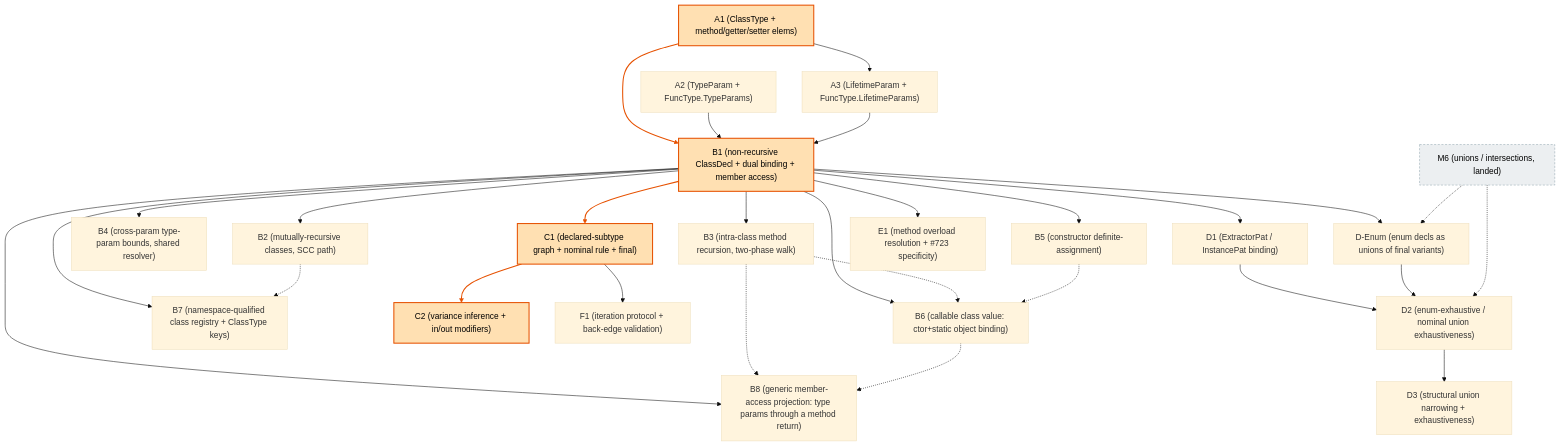
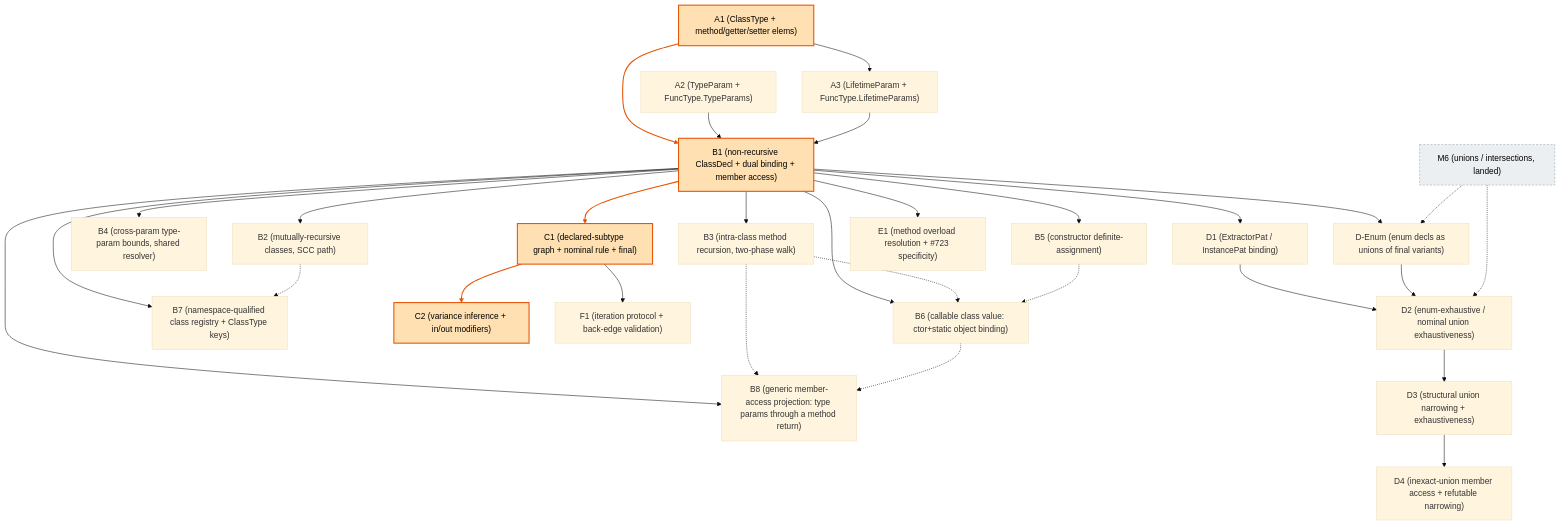
The diagram in planning/simple_sub/m5-implementation-plan.md (escalier-lang/escalier), drawn with Mermaid (base theme) before and after one commit. The commit also changed other lines of this file and 1 other file, not shown here.

First line of the commit message:
Plan M5 D4: inexact-union member access + refutable narrowing

````diff
--- a/planning/simple_sub/m5-implementation-plan.md
+++ b/planning/simple_sub/m5-implementation-plan.md
@@ -1470,57 +1515,59 @@
 ```mermaid
 graph TD
     A1["A1 (ClassType + method/getter/setter elems)"]
     A2["A2 (TypeParam + FuncType.TypeParams)"]
     A3["A3 (LifetimeParam + FuncType.LifetimeParams)"]
     B1["B1 (non-recursive ClassDecl + dual binding + member access)"]
     B2["B2 (mutually-recursive classes, SCC path)"]
     B3["B3 (intra-class method recursion, two-phase walk)"]
     B4["B4 (cross-param type-param bounds, shared resolver)"]
     B5["B5 (constructor definite-assignment)"]
     B6["B6 (callable class value: ctor+static object binding)"]
     B7["B7 (namespace-qualified class registry + ClassType keys)"]
     B8["B8 (generic member-access projection: type params through a method return)"]
     C1["C1 (declared-subtype graph + nominal rule + final)"]
     C2["C2 (variance inference + in/out modifiers)"]
     F1["F1 (iteration protocol + back-edge validation)"]
     D1["D1 (ExtractorPat / InstancePat binding)"]
     DEnum["D-Enum (enum decls as unions of final variants)"]
     D2["D2 (enum-exhaustive / nominal union exhaustiveness)"]
     D3["D3 (structural union narrowing + exhaustiveness)"]
+    D4["D4 (inexact-union member access + refutable narrowing)"]
     E1["E1 (method overload resolution + #723 specificity)"]
     M6["M6 (unions / intersections, landed)"]
 
     A1 --> B1
     A1 --> A3
     A2 --> B1
     A3 --> B1
     B1 --> B2
     B1 --> B3
     B1 --> B4
     B1 --> B5
     B1 --> C1
     B1 --> D1
     B1 --> DEnum
     B1 --> E1
     C1 --> C2
     C1 --> F1
     D1 --> D2
     DEnum --> D2
     D2 --> D3
+    D3 --> D4
     M6 -.-> DEnum
     M6 -.-> D2
     B1 --> B6
     B3 -.-> B6
     B5 -.-> B6
     B1 --> B7
     B2 -.-> B7
     B1 --> B8
     B3 -.-> B8
     B6 -.-> B8
 
     classDef crit fill:#ffe0b2,stroke:#e65100,stroke-width:2px,color:#000;
     classDef landed fill:#eceff1,stroke:#90a4ae,stroke-dasharray:4 3,color:#000;
     class A1,B1,C1,C2 crit;
     class M6 landed;
     linkStyle 0,8,12 stroke:#e65100,stroke-width:2px;
 ```
````
